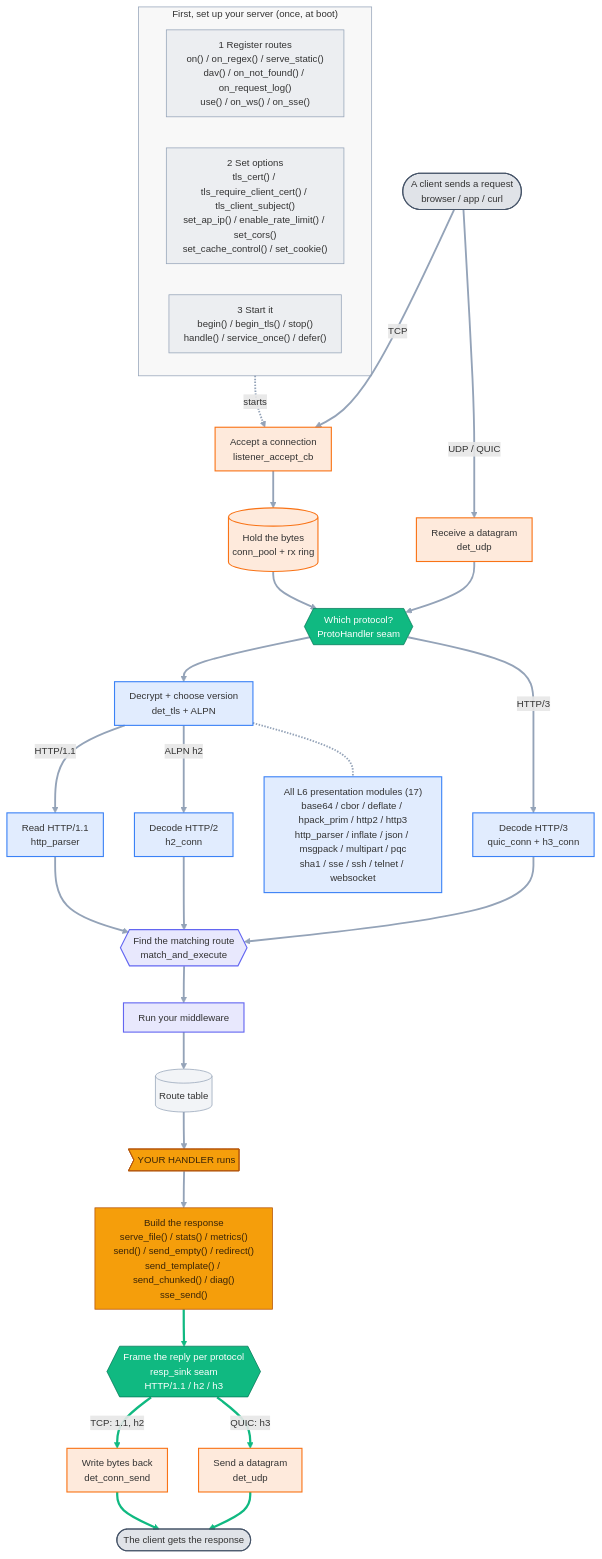
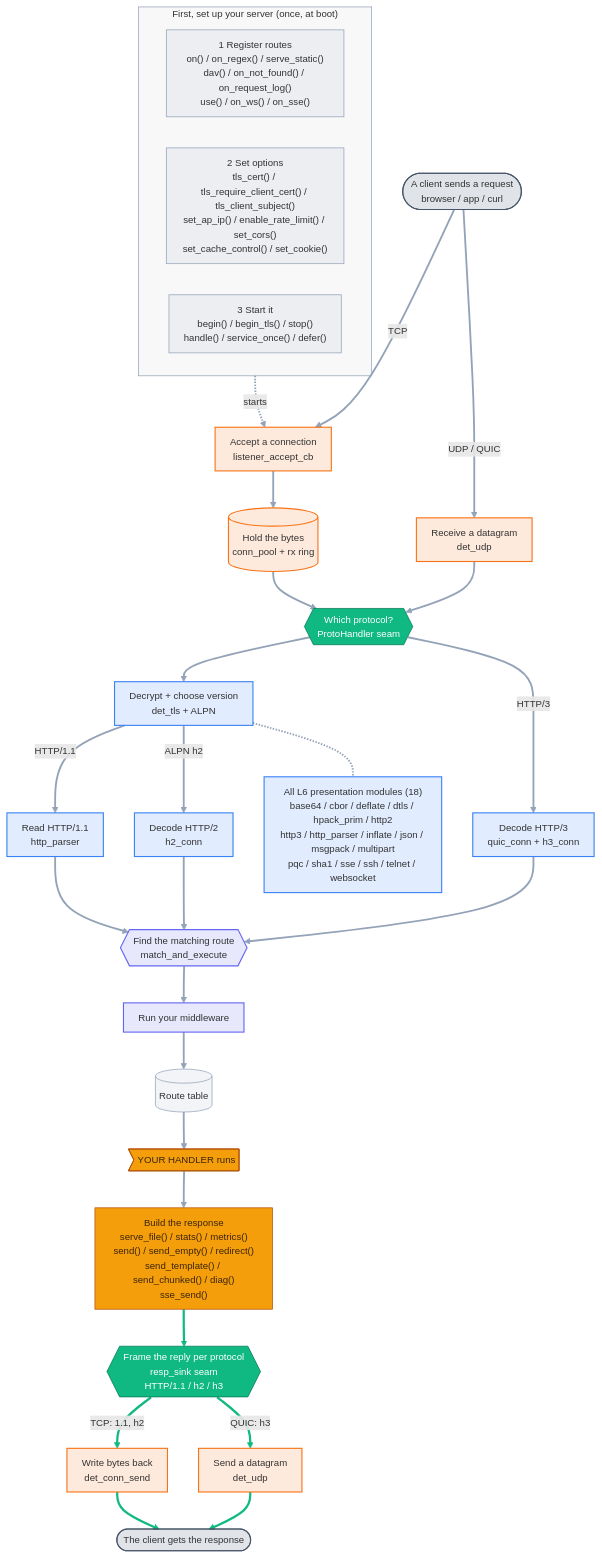
Before and after one commit to dstroy0/DeterministicESPAsyncWebServer: the diagram in docs/diagrams/api_flow_detail.mmd, drawn with Mermaid. The commit also changed 5 other files, not shown here.

```diff
--- a/docs/diagrams/api_flow_detail.mmd
+++ b/docs/diagrams/api_flow_detail.mmd
@@ -1,71 +1,71 @@
 %%{init: {'themeVariables':{'fontFamily':'ui-sans-serif,system-ui,Segoe UI,Roboto,sans-serif','fontSize':'13px','lineColor':'#94a3b8'},'flowchart':{'curve':'basis','nodeSpacing':42,'rankSpacing':50,'padding':10,'useMaxWidth':true}}}%%
 flowchart TB
   %% Auto-generated from the public API, proto_builtins.cpp, and presentation/ on disk.
   subgraph SETUP["First, set up your server (once, at boot)"]
     direction LR
     reg["1 Register routes<br/>on() / on_regex() / serve_static()<br/>dav() / on_not_found() / on_request_log()<br/>use() / on_ws() / on_sse()"]
     cfg["2 Set options<br/>tls_cert() / tls_require_client_cert() / tls_client_subject()<br/>set_ap_ip() / enable_rate_limit() / set_cors()<br/>set_cache_control() / set_cookie()"]
     run["3 Start it<br/>begin() / begin_tls() / stop()<br/>handle() / service_once() / defer()"]
   end
 
   cin(["A client sends a request<br/>browser / app / curl"])
   listen["Accept a connection<br/>listener_accept_cb"]
   ring[("Hold the bytes<br/>conn_pool + rx ring")]
   udprx["Receive a datagram<br/>det_udp"]
   seam{{"Which protocol?<br/>ProtoHandler seam<br/>"}}
   tls["Decrypt + choose version<br/>det_tls + ALPN"]
   parser["Read HTTP/1.1<br/>http_parser"]
   h2["Decode HTTP/2<br/>h2_conn"]
   h3["Decode HTTP/3<br/>quic_conn + h3_conn"]
   mae{{"Find the matching route<br/>match_and_execute"}}
   mw["Run your middleware"]
   routes[("Route table")]
   handler>"YOUR HANDLER runs"]
   resp["Build the response<br/>serve_file() / stats() / metrics()<br/>send() / send_empty() / redirect()<br/>send_template() / send_chunked() / diag()<br/>sse_send()"]
   sink{{"Frame the reply per protocol<br/>resp_sink seam<br/>HTTP/1.1 / h2 / h3"}}
   consend["Write bytes back<br/>det_conn_send"]
   udptx["Send a datagram<br/>det_udp"]
   cout(["The client gets the response"])
-  mods["All L6 presentation modules (17)<br/>base64 / cbor / deflate / hpack_prim / http2 / http3<br/>http_parser / inflate / json / msgpack / multipart / pqc<br/>sha1 / sse / ssh / telnet / websocket"]
+  mods["All L6 presentation modules (18)<br/>base64 / cbor / deflate / dtls / hpack_prim / http2<br/>http3 / http_parser / inflate / json / msgpack / multipart<br/>pqc / sha1 / sse / ssh / telnet / websocket"]
 
   run -.->|starts| listen
   cin ==>|TCP| listen
   listen --> ring
   ring --> seam
   cin ==>|UDP / QUIC| udprx
   udprx --> seam
   seam --> tls
   tls -->|HTTP/1.1| parser
   tls -->|ALPN h2| h2
   seam -->|HTTP/3| h3
   parser --> mae
   h2 --> mae
   h3 --> mae
   mae --> mw
   mw --> routes
   routes --> handler
   handler --> resp
   resp --> sink
   sink -->|TCP: 1.1, h2| consend
   sink -->|QUIC: h3| udptx
   consend ==> cout
   udptx ==> cout
   tls -.- mods
 
   class cin,cout ext;
   class reg,cfg,run,routes setup;
   class listen,ring,udprx,udptx,consend l4;
   class seam,sink seam;
   class tls,parser,h2,h3,mods l6;
   class mae,mw l7;
   class handler,resp you;
   classDef ext fill:#64748b33,stroke:#475569,stroke-width:1.5px;
   classDef setup fill:#94a3b81f,stroke:#94a3b8;
   classDef l4 fill:#f9731626,stroke:#f97316,stroke-width:1.5px;
   classDef seam fill:#10b981,stroke:#047857,color:#ffffff;
   classDef l6 fill:#3b82f626,stroke:#3b82f6,stroke-width:1.5px;
   classDef l7 fill:#6366f126,stroke:#6366f1,stroke-width:1.5px;
   classDef you fill:#f59e0b,stroke:#b45309,color:#3b2508;
   style SETUP fill:#8888880f,stroke:#94a3b8,stroke-width:1px;
   linkStyle default stroke-width:2.5px;
   linkStyle 17,18,19,20,21 stroke:#10b981,stroke-width:3px;
```
